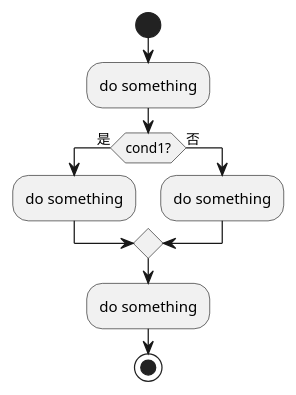
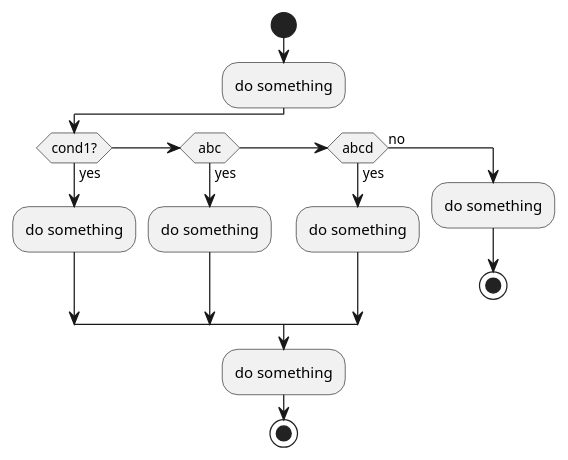
One commit to changmu/NoteBook changed the diagram in DesignPattern/puml_example/flow_diagram.puml. Above: the diagram before and after it, drawn with PlantUML. The commit also changed 4 other files, not shown here.

```diff
--- a/DesignPattern/puml_example/flow_diagram.puml
+++ b/DesignPattern/puml_example/flow_diagram.puml
@@ -1,11 +1,18 @@
 @startuml
+' skinparam monochrome true
+' skinparam handwritten true
 start
 :do something;
-if (cond1?) then (是)
+if (cond1?) then (yes)
     :do something;
-else (否)
+elseif (abc) then (yes)
     :do something;
+elseif (abcd) then (yes)
+    :do something;
+else (no)
+    :do something;
+    stop
 endif
 :do something;
 stop
 @enduml
```
